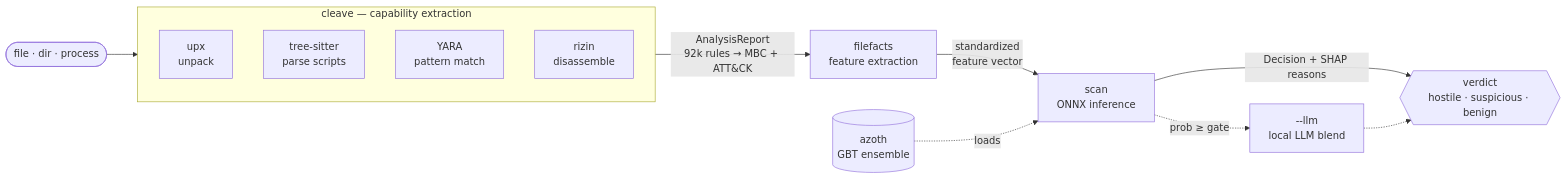
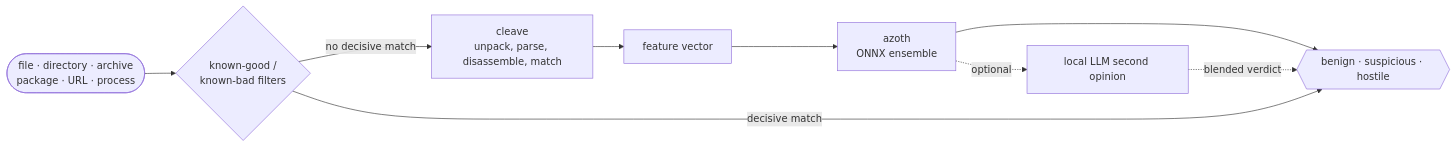
Before and after one commit to atomdrift-project/scan: the diagram in README.md, drawn with Mermaid. The commit also changed other lines of this file, not shown here.

````diff
--- a/README.md
+++ b/README.md
@@ -31,28 +162,11 @@
 ```mermaid
 flowchart LR
-    IN([file · dir · process]) --> CLEAVE
-
-    subgraph CLEAVE[cleave — capability extraction]
-        direction TB
-        UPX[upx<br/>unpack]
-        TS[tree-sitter<br/>parse scripts]
-        YARA[YARA<br/>pattern match]
-        RIZIN[rizin<br/>disassemble]
-    end
-
-    CLEAVE -->|AnalysisReport<br/>92k rules → MBC + ATT&CK| FF[filefacts<br/>feature extraction]
-    FF -->|standardized<br/>feature vector| SCAN[scan<br/>ONNX inference]
-    AZOTH[(azoth<br/>GBT ensemble)] -.loads.-> SCAN
-    SCAN -->|Decision + SHAP reasons| OUT{{verdict<br/>hostile · suspicious · benign}}
-    SCAN -.->|prob ≥ gate| INTERPRET[--llm<br/>local LLM blend]
-    INTERPRET -.-> OUT
-
-    click CLEAVE "https://atomdrift.org/cleave" _blank
-    click FF "https://atomdrift.org/filefacts" _blank
-    click AZOTH "https://atomdrift.org/azoth" _blank
-    click SCAN "https://atomdrift.org/scan" _blank
-    click UPX "https://upx.github.io/" _blank
-    click TS "https://tree-sitter.github.io/tree-sitter/" _blank
-    click YARA "https://virustotal.github.io/yara-x/" _blank
-    click RIZIN "https://rizin.re/" _blank
+    IN([file · directory · archive<br/>package · URL · process]) --> BLOOM{known-good /<br/>known-bad filters}
+    BLOOM -->|no decisive match| CLEAVE[cleave<br/>unpack, parse, disassemble, match]
+    CLEAVE --> FEATURES[feature vector]
+    FEATURES --> MODEL[azoth<br/>ONNX ensemble]
+    MODEL --> OUT{{benign · suspicious · hostile}}
+    BLOOM -->|decisive match| OUT
+    MODEL -. optional .-> LLM[local LLM second opinion]
+    LLM -. blended verdict .-> OUT
 ```
````
